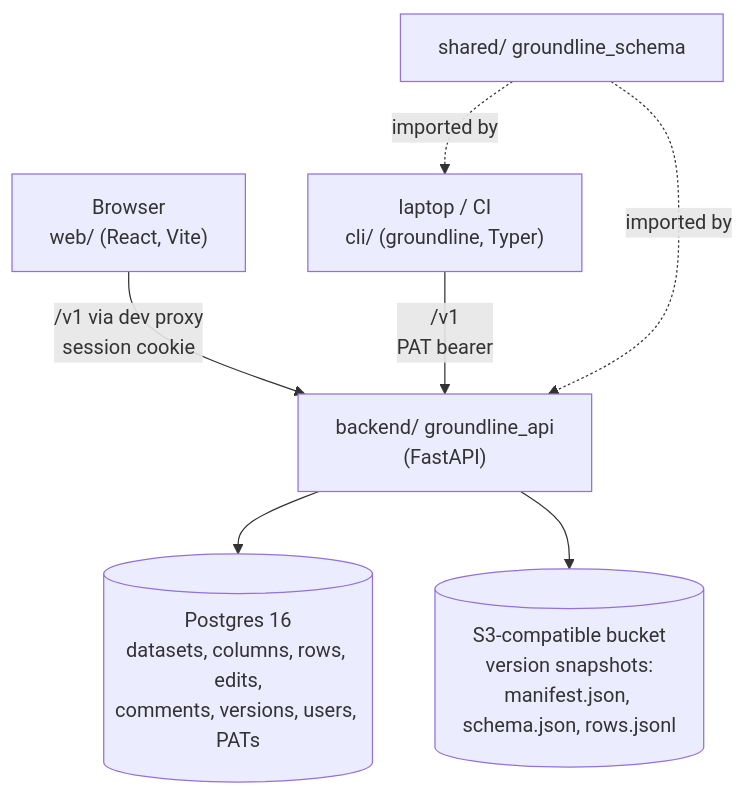
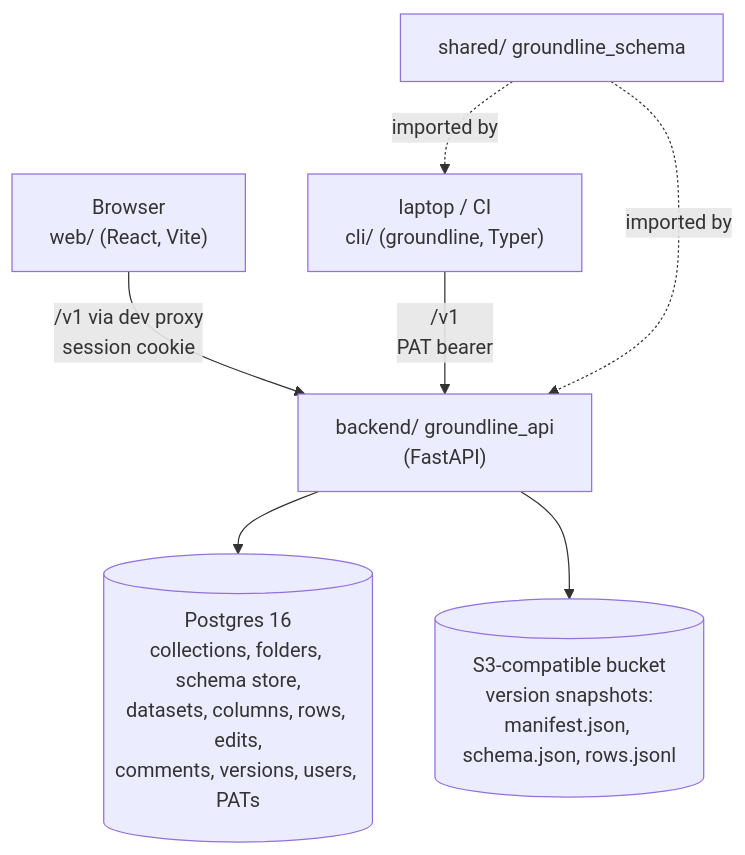
The diagram in docs/architecture.md (shresht8/dataset_builder), drawn with Mermaid before and after one commit. The commit also changed other lines of this file and 6 other files, not shown here.

````diff
--- a/docs/architecture.md
+++ b/docs/architecture.md
@@ -10,10 +12,10 @@
 ```mermaid
 flowchart TB
     browser["Browser<br/>web/ (React, Vite)"] -->|"/v1 via dev proxy<br/>session cookie"| api
     cli["laptop / CI<br/>cli/ (groundline, Typer)"] -->|"/v1<br/>PAT bearer"| api
     api["backend/ groundline_api<br/>(FastAPI)"]
-    api --> pg[("Postgres 16<br/>datasets, columns, rows, edits,<br/>comments, versions, users, PATs")]
+    api --> pg[("Postgres 16<br/>collections, folders, schema store,<br/>datasets, columns, rows, edits,<br/>comments, versions, users, PATs")]
     api --> s3[("S3-compatible bucket<br/>version snapshots:<br/>manifest.json, schema.json, rows.jsonl")]
     shared["shared/ groundline_schema"] -.imported by.-> api
     shared -.imported by.-> cli
 ```
````
